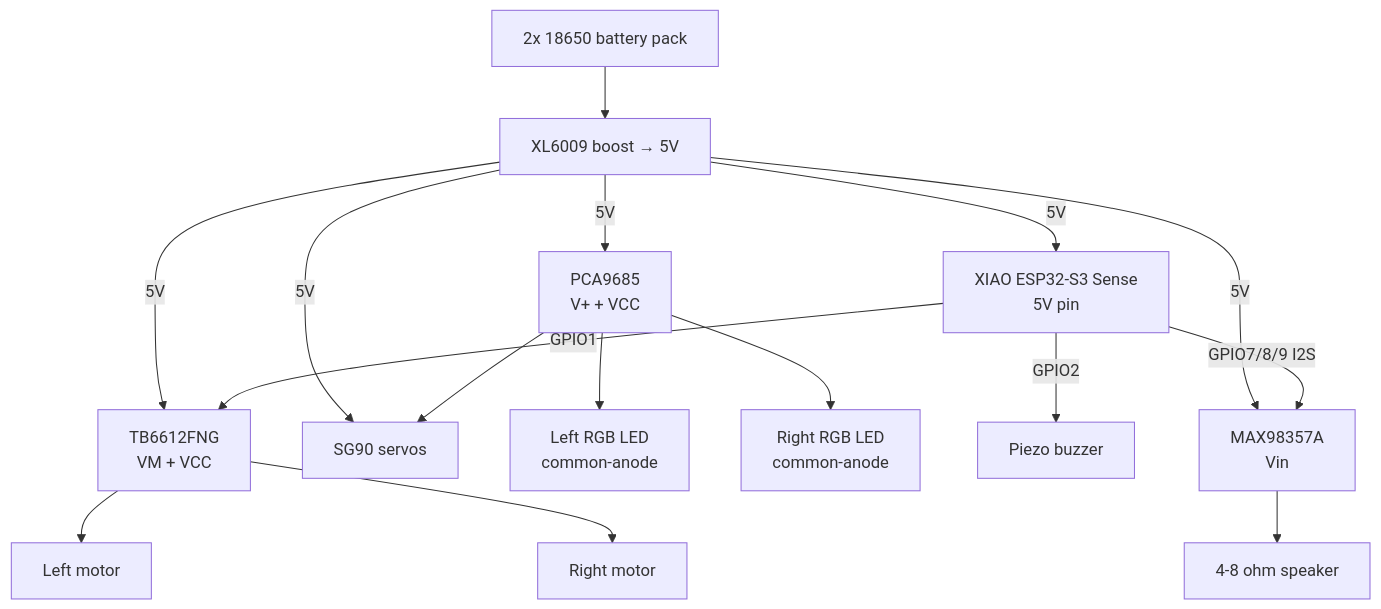
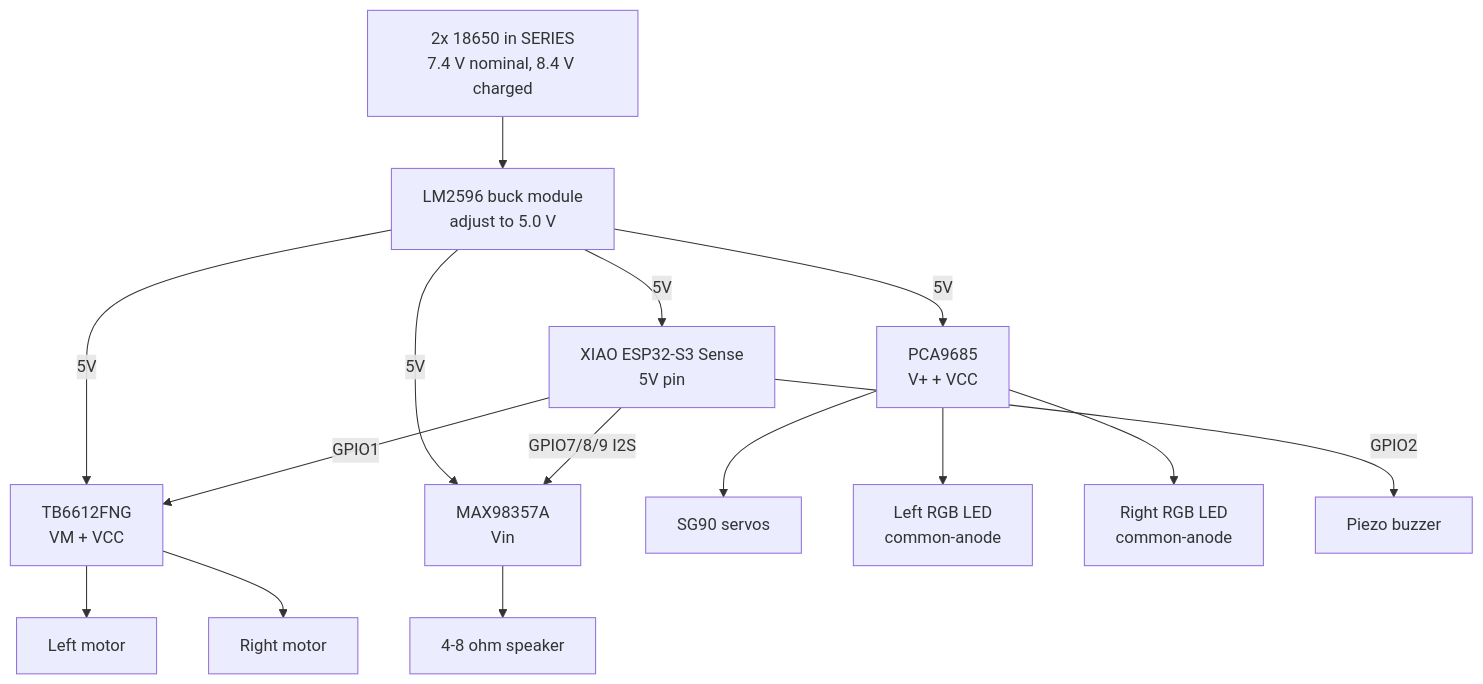
The diagram in packages/robocar/unified/WIRING.md (laurigates/mcu-tinkering-lab), drawn with Mermaid before and after one commit. The commit also changed other lines of this file and 6 other files, not shown here.

First line of the commit message:
docs(robocar-unified): correct the power supply to an LM2596 buck, 2S pack (#510)

````diff
--- a/packages/robocar/unified/WIRING.md
+++ b/packages/robocar/unified/WIRING.md
@@ -70,19 +70,18 @@
 ```mermaid
 graph TD
-    Bat[2x 18650 battery pack] --> Boost[XL6009 boost → 5V]
-    Boost -->|5V| XIAO[XIAO ESP32-S3 Sense<br/>5V pin]
-    Boost -->|5V| MD[TB6612FNG<br/>VM + VCC]
-    Boost -->|5V| PCA[PCA9685<br/>V+ + VCC]
-    Boost -->|5V| Servos[SG90 servos]
+    Bat[2x 18650 in SERIES<br/>7.4 V nominal, 8.4 V charged] --> Buck[LM2596 buck module<br/>adjust to 5.0 V]
+    Buck -->|5V| XIAO[XIAO ESP32-S3 Sense<br/>5V pin]
+    Buck -->|5V| MD[TB6612FNG<br/>VM + VCC]
+    Buck -->|5V| PCA[PCA9685<br/>V+ + VCC]
+    Buck -->|5V| AMP[MAX98357A<br/>Vin]
+    PCA --> Servos[SG90 servos]
     MD --> ML[Left motor]
     MD --> MR[Right motor]
     PCA --> LED_L[Left RGB LED<br/>common-anode]
     PCA --> LED_R[Right RGB LED<br/>common-anode]
-    PCA --> Servos
     XIAO -->|GPIO2| Piezo[Piezo buzzer]
     XIAO -->|GPIO1| MD
-    Boost -->|5V| AMP[MAX98357A<br/>Vin]
     XIAO -->|GPIO7/8/9 I2S| AMP
     AMP --> SPK[4-8 ohm speaker]
     classDef gnd fill:#ccc,stroke:#333
 ```
````
